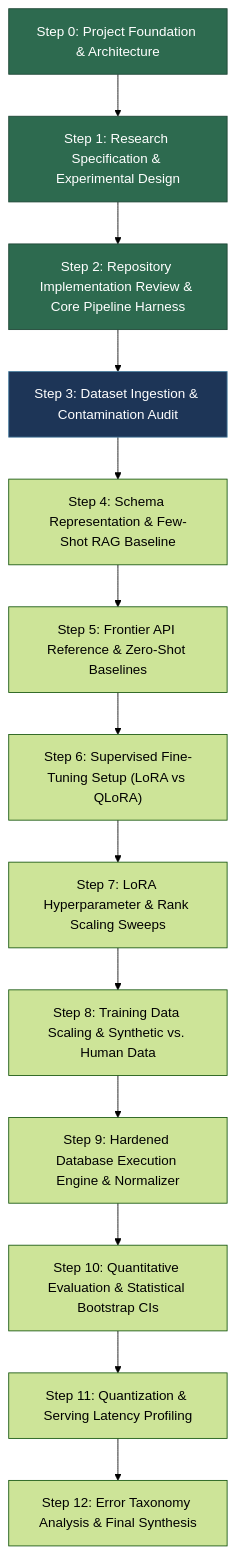
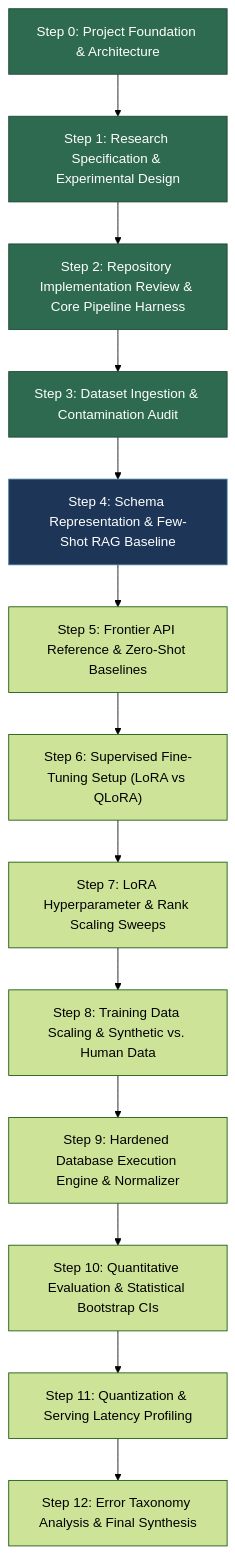
The diagram in docs/research/step_dependencies.md (mayanksingh2745/SQLForge-a-controlled-study-of-what-fine-tuning-buys-on-text-to-SQL), drawn with Mermaid (forest theme) before and after one commit. The commit also changed other lines of this file and 12 other files, not shown here.

Commit message:
feat(prompting): implement schema serializers, BM25 retriever, and prompt engine (Step 4) (#8)

````diff
--- a/docs/research/step_dependencies.md
+++ b/docs/research/step_dependencies.md
@@ -11,20 +11,21 @@
 ```mermaid
 graph TD
     S0["Step 0: Project Foundation & Architecture"] --> S1["Step 1: Research Specification & Experimental Design"]
     S1 --> S2["Step 2: Repository Implementation Review & Core Pipeline Harness"]
     S2 --> S3["Step 3: Dataset Ingestion & Contamination Audit"]
     S3 --> S4["Step 4: Schema Representation & Few-Shot RAG Baseline"]
     S4 --> S5["Step 5: Frontier API Reference & Zero-Shot Baselines"]
     S5 --> S6["Step 6: Supervised Fine-Tuning Setup (LoRA vs QLoRA)"]
     S6 --> S7["Step 7: LoRA Hyperparameter & Rank Scaling Sweeps"]
     S7 --> S8["Step 8: Training Data Scaling & Synthetic vs. Human Data"]
     S8 --> S9["Step 9: Hardened Database Execution Engine & Normalizer"]
     S9 --> S10["Step 10: Quantitative Evaluation & Statistical Bootstrap CIs"]
     S10 --> S11["Step 11: Quantization & Serving Latency Profiling"]
     S11 --> S12["Step 12: Error Taxonomy Analysis & Final Synthesis"]
 
     style S0 fill:#2d6a4f,stroke:#1b4332,color:#ffffff
     style S1 fill:#2d6a4f,stroke:#1b4332,color:#ffffff
     style S2 fill:#2d6a4f,stroke:#1b4332,color:#ffffff
-    style S3 fill:#1d3557,stroke:#457b9d,color:#ffffff
+    style S3 fill:#2d6a4f,stroke:#1b4332,color:#ffffff
+    style S4 fill:#1d3557,stroke:#457b9d,color:#ffffff
 ```
````
